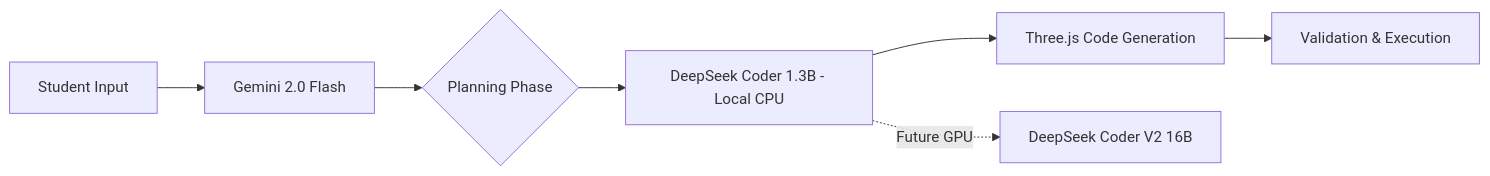
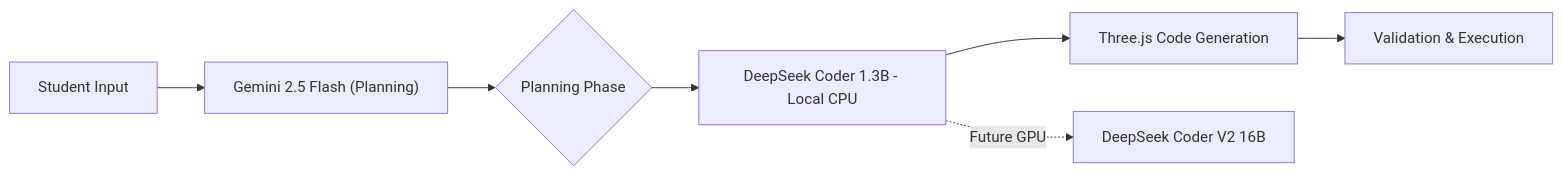
Before and after one commit to pwoprurho/Kus: the diagram in docs/AI_MODEL_STRATEGY.md, drawn with Mermaid. The commit also changed other lines of this file and 15 other files, not shown here.

````diff
--- a/docs/AI_MODEL_STRATEGY.md
+++ b/docs/AI_MODEL_STRATEGY.md
@@ -24,9 +24,9 @@
 ```mermaid
 graph LR
-    A[Student Input] --> B[Gemini 2.0 Flash]
+    A[Student Input] --> B["Gemini 2.5 Flash (Planning)"]
     B --> C{Planning Phase}
     C --> D[DeepSeek Coder 1.3B - Local CPU]
     D --> E[Three.js Code Generation]
     E --> F[Validation & Execution]
     D -.Future GPU.-> G[DeepSeek Coder V2 16B]
 ```
````
